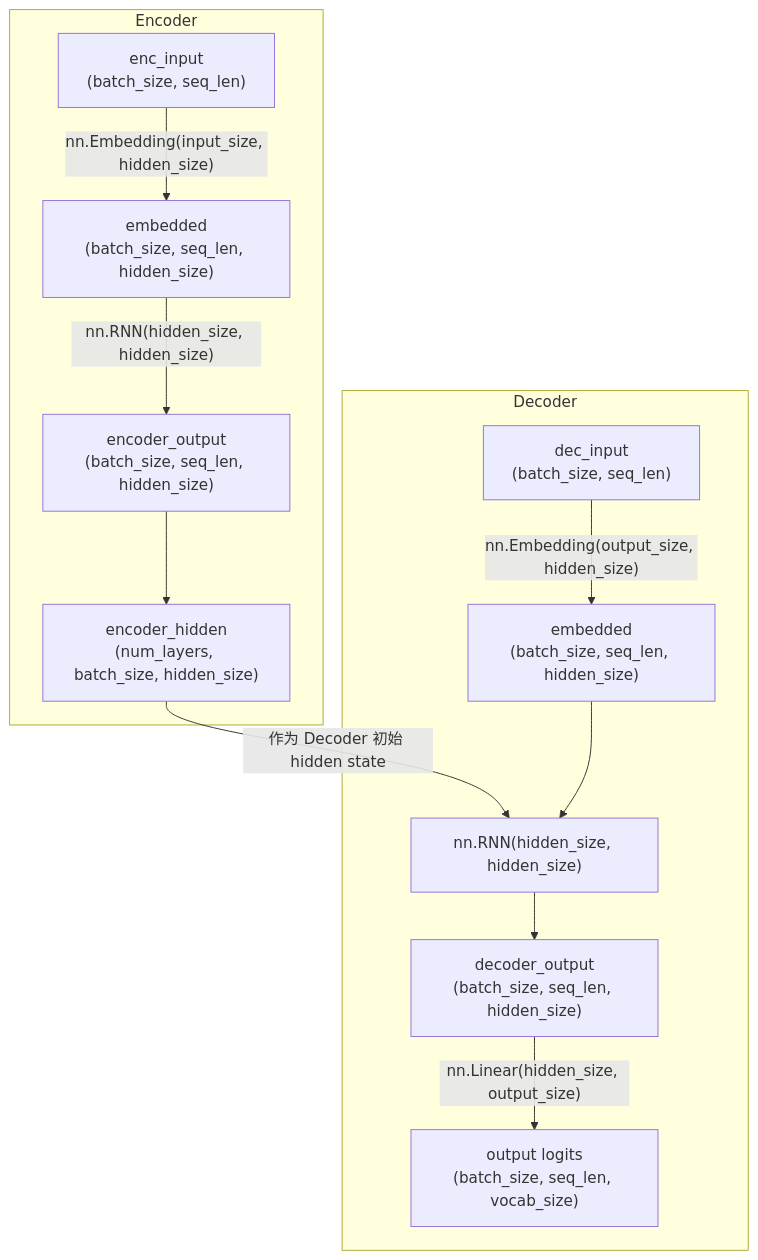
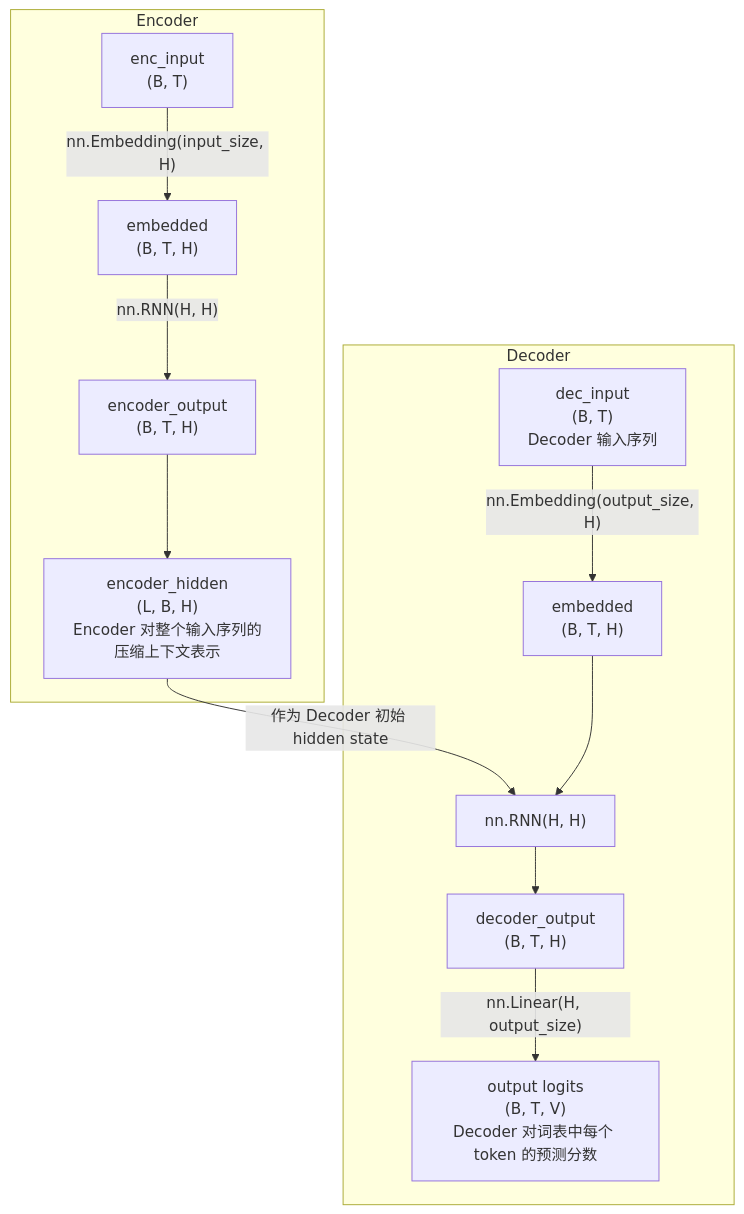
Before and after one commit to izualzhy/yingshin.github.io: the first of 2 diagrams in _posts/2026-05-24-llm-diagrammatize-seq2seq-attention.markdown, drawn with Mermaid. The commit also changed other lines of this file and 6 other files, not shown here.

````diff
--- a/_posts/2026-05-24-llm-diagrammatize-seq2seq-attention.markdown
+++ b/_posts/2026-05-24-llm-diagrammatize-seq2seq-attention.markdown
@@ -103,40 +106,40 @@
 ```mermaid
 flowchart TD
 
 subgraph Encoder
-    A["enc_input<br/>(batch_size, seq_len)"]
+    A["enc_input<br/>(B, T)"]
 
     A
-    -- "nn.Embedding(input_size, hidden_size)" -->
-    B["embedded<br/>(batch_size, seq_len, hidden_size)"]
+    -- "nn.Embedding(input_size, H)" -->
+    B["embedded<br/>(B, T, H)"]
 
     B
-    -- "nn.RNN(hidden_size, hidden_size)" -->
-    C["encoder_output<br/>(batch_size, seq_len, hidden_size)"]
+    -- "nn.RNN(H, H)" -->
+    C["encoder_output<br/>(B, T, H)"]
 
     C
-    --> D["encoder_hidden<br/>(num_layers, batch_size, hidden_size)"]
+    --> D["encoder_hidden<br/>(L, B, H)<br/>Encoder 对整个输入序列的压缩上下文表示"]
 end
 
 D
 -- "作为 Decoder 初始 hidden state" -->
 E
 
 subgraph Decoder
-    F["dec_input<br/>(batch_size, seq_len)"]
+    F["dec_input<br/>(B, T)<br/>Decoder 输入序列"]
 
     F
-    -- "nn.Embedding(output_size, hidden_size)" -->
-    G["embedded<br/>(batch_size, seq_len, hidden_size)"]
+    -- "nn.Embedding(output_size, H)" -->
+    G["embedded<br/>(B, T, H)"]
 
     G
-    --> E["nn.RNN(hidden_size, hidden_size)"]
+    --> E["nn.RNN(H, H)"]
 
     E
-    --> H["decoder_output<br/>(batch_size, seq_len, hidden_size)"]
+    --> H["decoder_output<br/>(B, T, H)"]
 
     H
-    -- "nn.Linear(hidden_size, output_size)" -->
-    I["output logits<br/>(batch_size, seq_len, vocab_size)"]
+    -- "nn.Linear(H, output_size)" -->
+    I["output logits<br/>(B, T, V)<br/>Decoder 对词表中每个 token 的预测分数"]
 end
 ```
````
